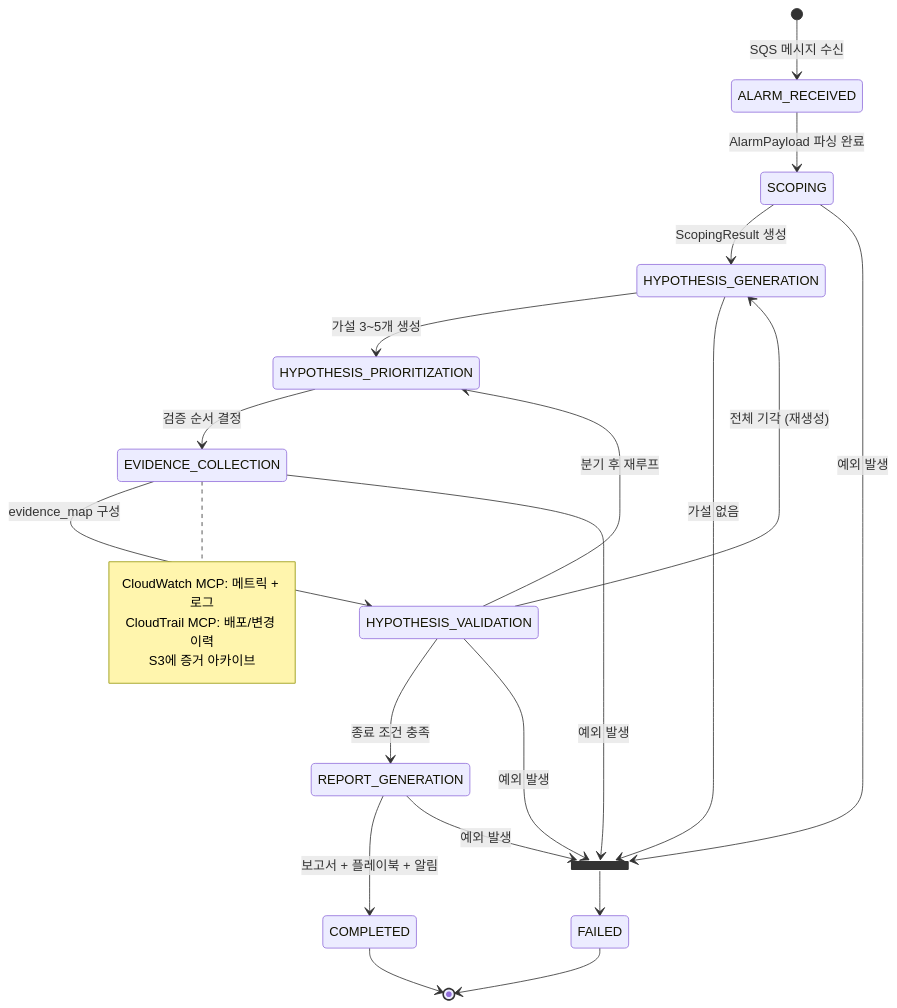
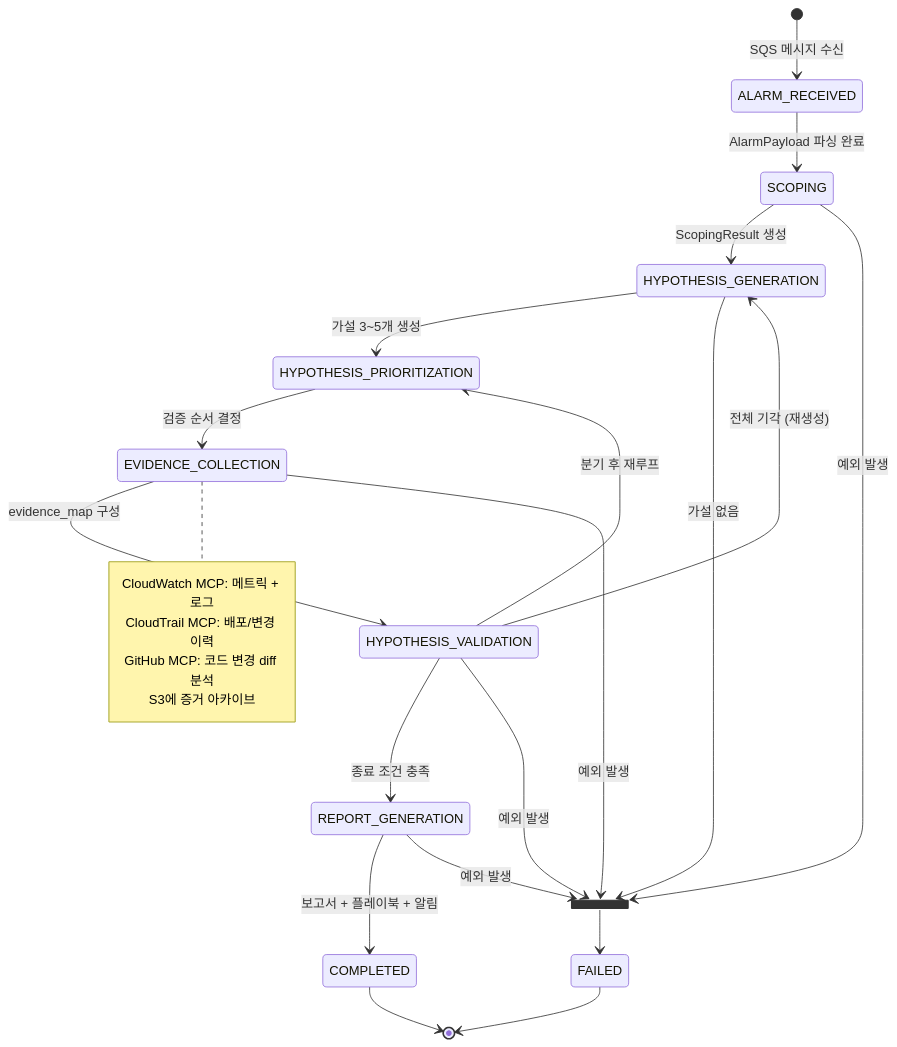
One commit to haandol/rca-agent changed the second of 4 diagrams in docs/architecture-and-demo-flow.md. Above: the diagram before and after it, drawn with Mermaid. The commit also changed other lines of this file and 1 other file, not shown here.

Commit message:
docs: update architecture diagrams to include GitHub MCP server

````diff
--- a/docs/architecture-and-demo-flow.md
+++ b/docs/architecture-and-demo-flow.md
@@ -113,36 +115,37 @@
 ```mermaid
 stateDiagram-v2
     [*] --> ALARM_RECEIVED: SQS 메시지 수신
 
     ALARM_RECEIVED --> SCOPING: AlarmPayload 파싱 완료
 
     SCOPING --> HYPOTHESIS_GENERATION: ScopingResult 생성
 
     HYPOTHESIS_GENERATION --> HYPOTHESIS_PRIORITIZATION: 가설 3~5개 생성
 
     HYPOTHESIS_PRIORITIZATION --> EVIDENCE_COLLECTION: 검증 순서 결정
 
     EVIDENCE_COLLECTION --> HYPOTHESIS_VALIDATION: evidence_map 구성
     note right of EVIDENCE_COLLECTION
         CloudWatch MCP: 메트릭 + 로그
         CloudTrail MCP: 배포/변경 이력
+        GitHub MCP: 코드 변경 diff 분석
         S3에 증거 아카이브
     end note
 
     HYPOTHESIS_VALIDATION --> REPORT_GENERATION: 종료 조건 충족
     HYPOTHESIS_VALIDATION --> HYPOTHESIS_PRIORITIZATION: 분기 후 재루프
     HYPOTHESIS_VALIDATION --> HYPOTHESIS_GENERATION: 전체 기각 (재생성)
 
     REPORT_GENERATION --> COMPLETED: 보고서 + 플레이북 + 알림
 
     state FAILED_STATE <<join>>
     SCOPING --> FAILED_STATE: 예외 발생
     HYPOTHESIS_GENERATION --> FAILED_STATE: 가설 없음
     EVIDENCE_COLLECTION --> FAILED_STATE: 예외 발생
     HYPOTHESIS_VALIDATION --> FAILED_STATE: 예외 발생
     REPORT_GENERATION --> FAILED_STATE: 예외 발생
     FAILED_STATE --> FAILED
 
     COMPLETED --> [*]
     FAILED --> [*]
 ```
````
